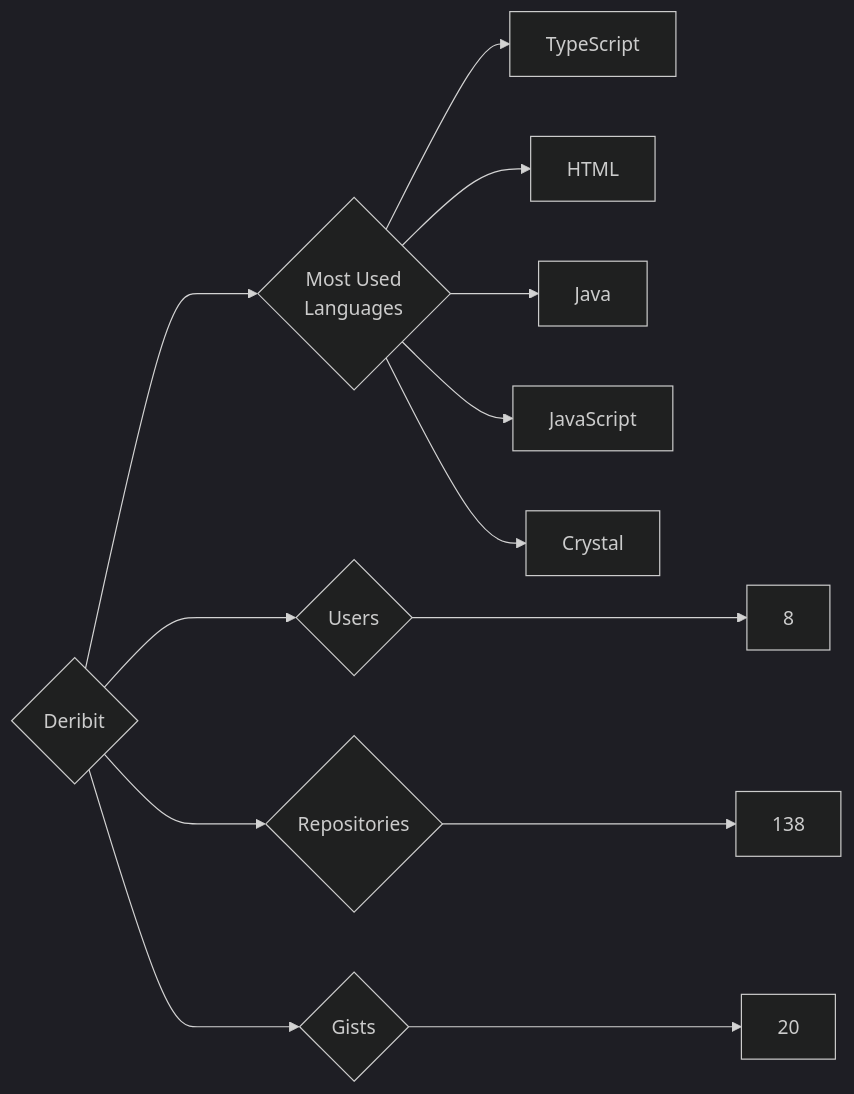
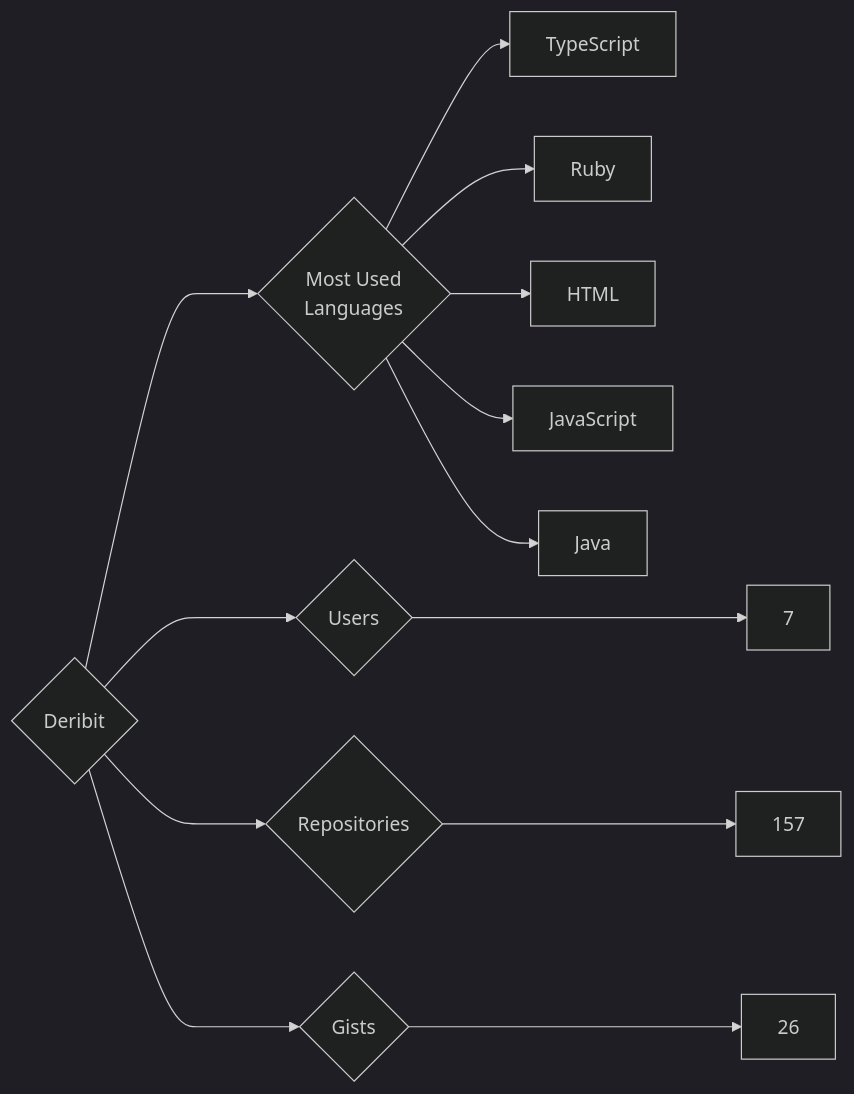
Before and after one commit to trickest/insiders: the diagram in targets/Deribit/README.md, drawn with Mermaid (dark theme). The commit also changed 1088 other files, not shown here.

````diff
--- a/targets/Deribit/README.md
+++ b/targets/Deribit/README.md
@@ -3,13 +3,13 @@
 ```mermaid
 graph LR
 COMPANY_NAME{Deribit}
-COMPANY_NAME ---> U{Users} ---> UN[8]
-COMPANY_NAME ---> R{Repositories} ---> RN[138]
-COMPANY_NAME ---> G{Gists} ---> GN[20]
+COMPANY_NAME ---> U{Users} ---> UN[7]
+COMPANY_NAME ---> R{Repositories} ---> RN[157]
+COMPANY_NAME ---> G{Gists} ---> GN[26]
 COMPANY_NAME ---> ML{Most Used<br>Languages}
 ML --> TypeScript[TypeScript]
+ML --> Ruby[Ruby]
 ML --> HTML[HTML]
+ML --> JavaScript[JavaScript]
 ML --> Java[Java]
-ML --> JavaScript[JavaScript]
-ML --> Crystal[Crystal]
 ```
````
